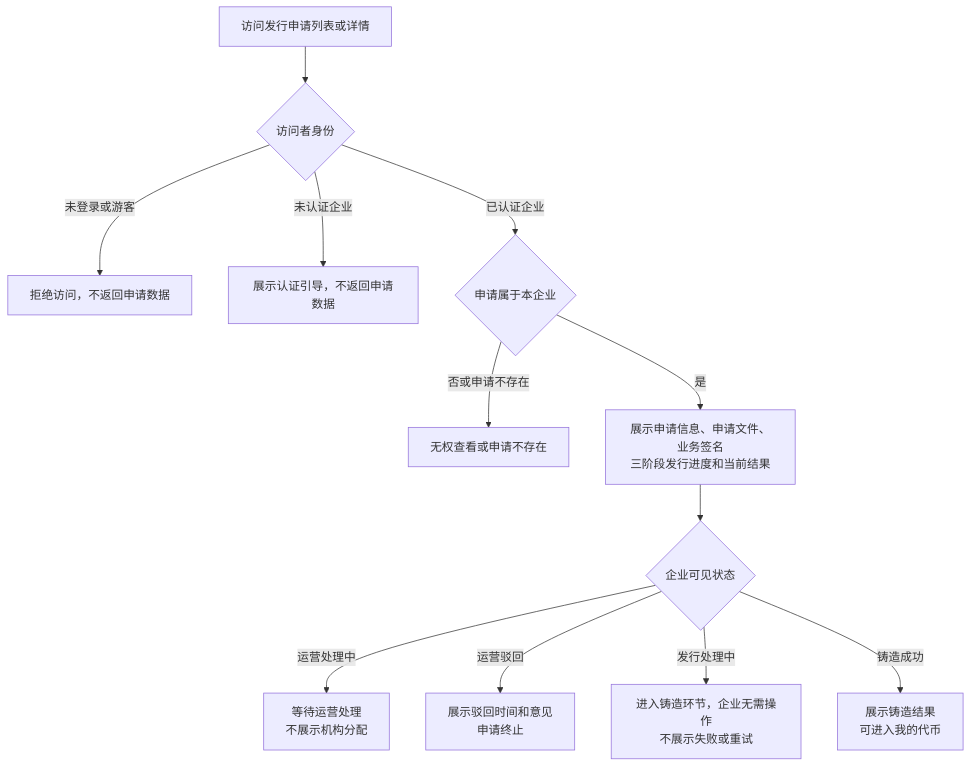
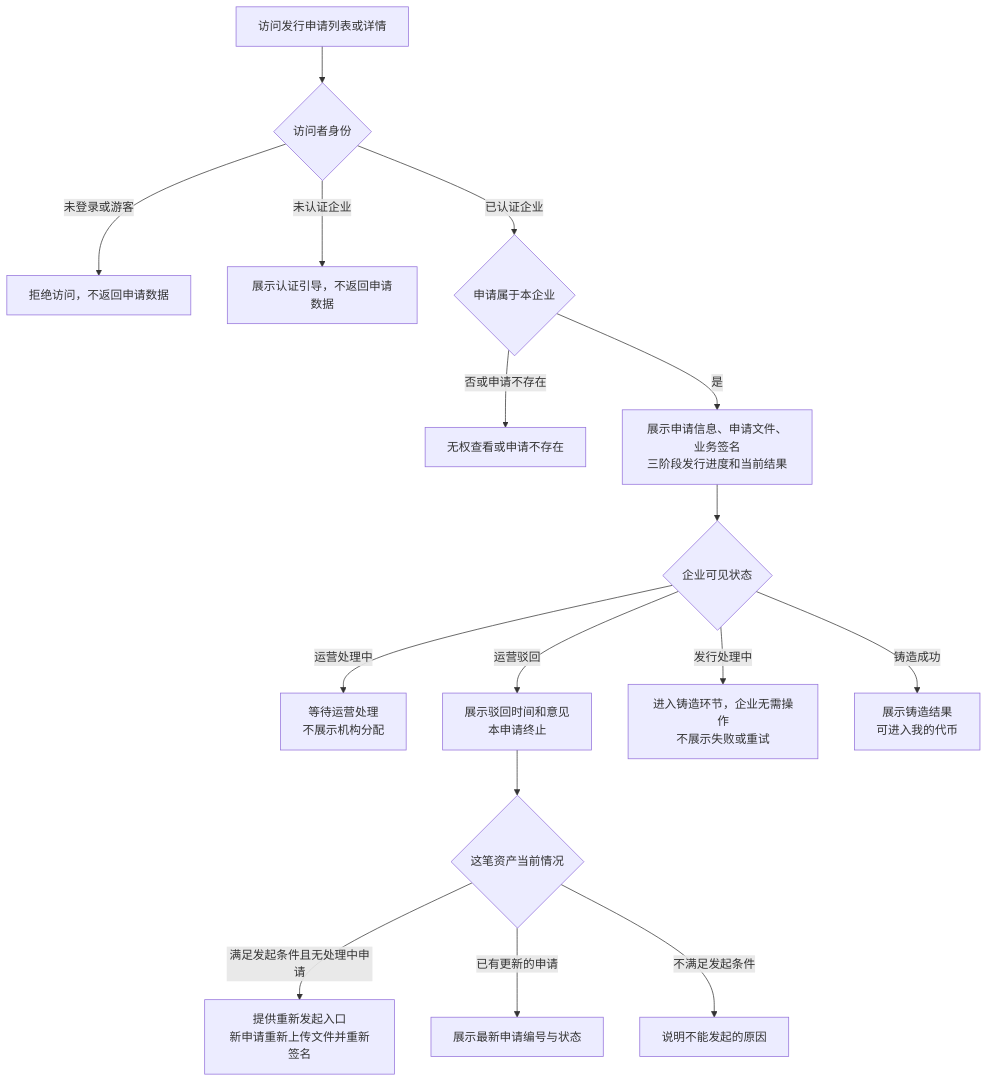
One commit to wxblockchain/Chain-Financing changed the third of 3 diagrams in token-issuance-platform/PRD/面客端/M3a-代币发行-企业申请/02-代币发行-企业申请-流程图与状态机.md. Above: the diagram before and after it, drawn with Mermaid. The commit also changed other lines of this file and 9 other files, not shown here.

````diff
--- a/token-issuance-platform/PRD/面客端/M3a-代币发行-企业申请/02-代币发行-企业申请-流程图与状态机.md
+++ b/token-issuance-platform/PRD/面客端/M3a-代币发行-企业申请/02-代币发行-企业申请-流程图与状态机.md
@@ -65,14 +65,18 @@
 ```mermaid
 flowchart TD
     A[访问发行申请列表或详情] --> B{访问者身份}
     B -->|未登录或游客| B1[拒绝访问，不返回申请数据]
     B -->|未认证企业| B2[展示认证引导，不返回申请数据]
     B -->|已认证企业| C{申请属于本企业}
     C -->|否或申请不存在| C1[无权查看或申请不存在]
     C -->|是| D[展示申请信息、申请文件、业务签名<br/>三阶段发行进度和当前结果]
     D --> E{企业可见状态}
     E -->|运营处理中| E1[等待运营处理<br/>不展示机构分配]
-    E -->|运营驳回| E2[展示驳回时间和意见<br/>申请终止]
+    E -->|运营驳回| E2[展示驳回时间和意见<br/>本申请终止]
+    E2 --> F{这笔资产当前情况}
+    F -->|满足发起条件且无处理中申请| F1[提供重新发起入口<br/>新申请重新上传文件并重新签名]
+    F -->|已有更新的申请| F2[展示最新申请编号与状态]
+    F -->|不满足发起条件| F3[说明不能发起的原因]
     E -->|发行处理中| E3[进入铸造环节，企业无需操作<br/>不展示失败或重试]
     E -->|铸造成功| E4[展示铸造结果<br/>可进入我的代币]
 ```
````
